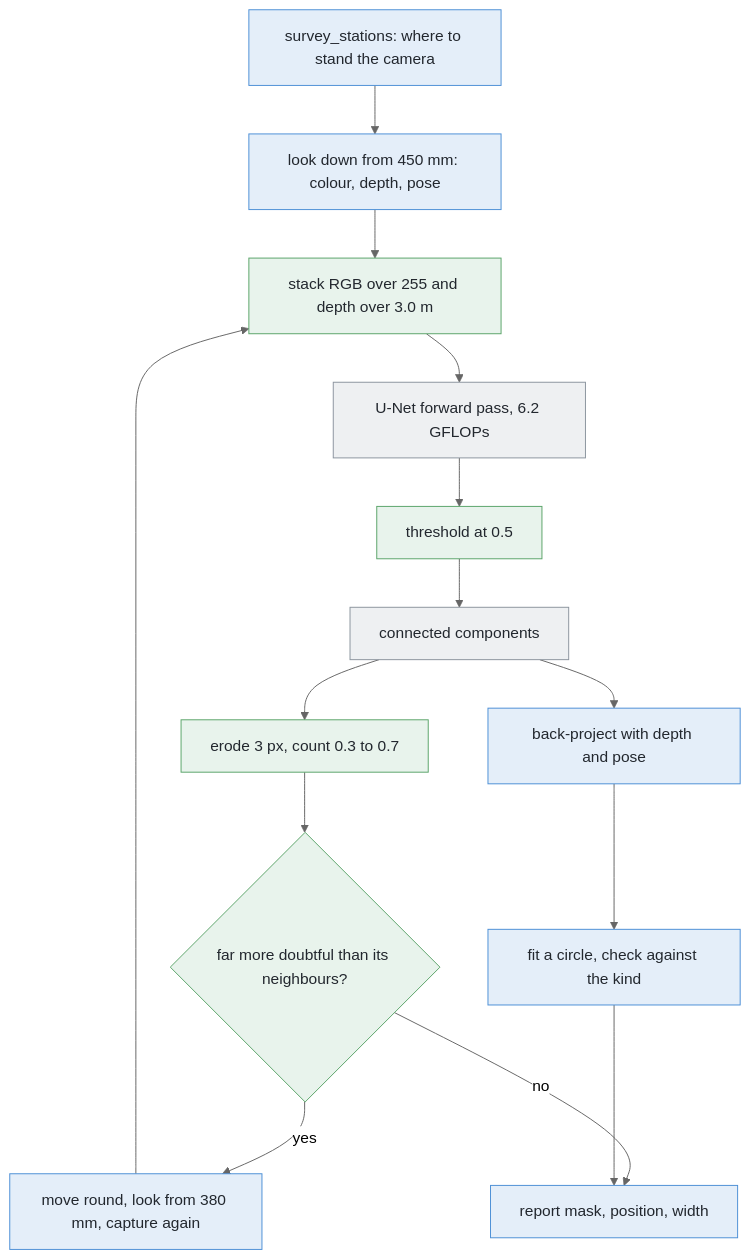
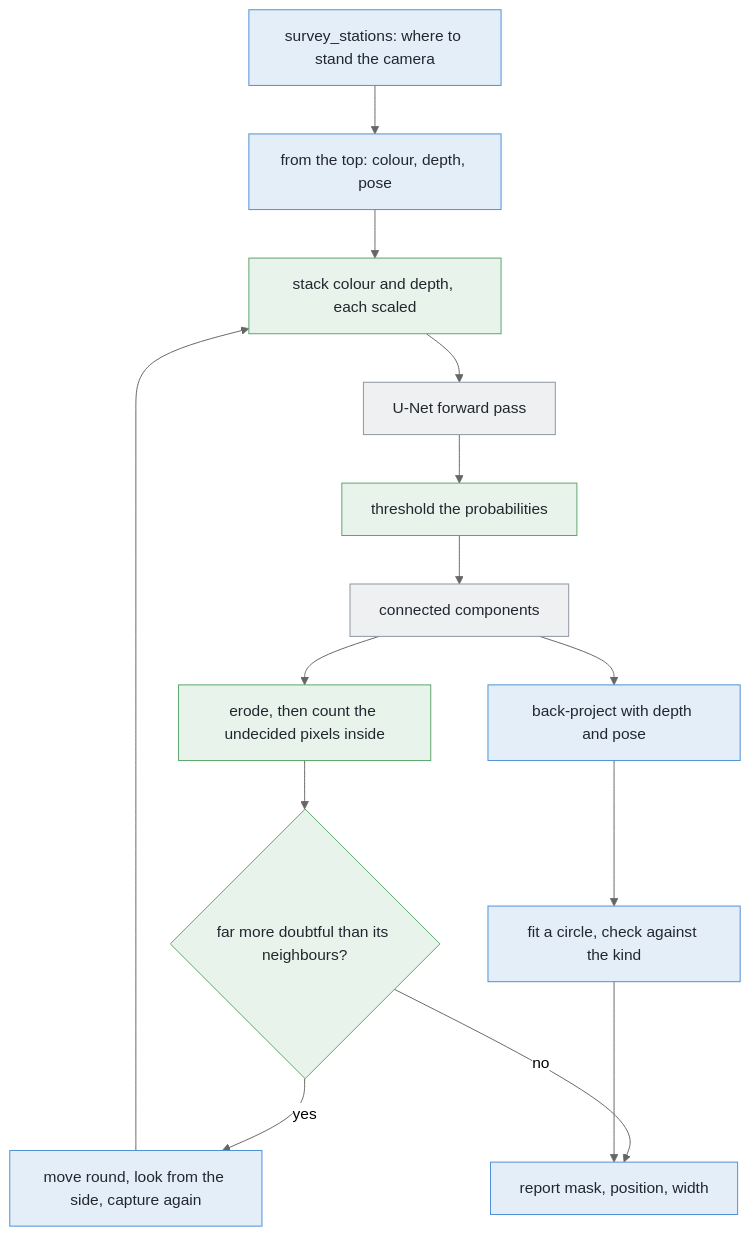
The third of 3 diagrams in v5-pick-glasses/docs/problem-2/solutions/07-a-segmenter-trained-from-scratch.md (RobinNagpal/robot-arm-projects), drawn with Mermaid (neutral theme) before and after one commit. The commit also changed other lines of this file, not shown here.

````diff
--- a/v5-pick-glasses/docs/problem-2/solutions/07-a-segmenter-trained-from-scratch.md
+++ b/v5-pick-glasses/docs/problem-2/solutions/07-a-segmenter-trained-from-scratch.md
@@ -217,28 +230,28 @@
 ```mermaid
 flowchart TD
-    S["survey_stations: where to stand the camera"] --> K["look down from 450 mm: colour, depth, pose"]
-    K --> X["stack RGB over 255 and depth over 3.0 m"]
-    X --> U["U-Net forward pass, 6.2 GFLOPs"]
-    U --> T["threshold at 0.5"]
+    S["survey_stations: where to stand the camera"] --> K["from the top: colour, depth, pose"]
+    K --> X["stack colour and depth, each scaled"]
+    X --> U["U-Net forward pass"]
+    U --> T["threshold the probabilities"]
     T --> C["connected components"]
-    C --> D["erode 3 px, count 0.3 to 0.7"]
+    C --> D["erode, then count the undecided pixels inside"]
     C --> B["back-project with depth and pose"]
     B --> F["fit a circle, check against the kind"]
     D --> Q{"far more doubtful than its neighbours?"}
-    Q -->|yes| V["move round, look from 380 mm, capture again"]
+    Q -->|yes| V["move round, look from the side, capture again"]
     V --> X
     Q -->|no| R["report mask, position, width"]
     F --> R
     style S fill:#e4eef9,stroke:#4c8fd6,color:#22272e
     style K fill:#e4eef9,stroke:#4c8fd6,color:#22272e
     style X fill:#e8f3ec,stroke:#5aa469,color:#22272e
     style U fill:#eef0f2,stroke:#8b949e,color:#22272e
     style T fill:#e8f3ec,stroke:#5aa469,color:#22272e
     style C fill:#eef0f2,stroke:#8b949e,color:#22272e
     style D fill:#e8f3ec,stroke:#5aa469,color:#22272e
     style B fill:#e4eef9,stroke:#4c8fd6,color:#22272e
     style F fill:#e4eef9,stroke:#4c8fd6,color:#22272e
     style Q fill:#e8f3ec,stroke:#5aa469,color:#22272e
     style V fill:#e4eef9,stroke:#4c8fd6,color:#22272e
     style R fill:#e4eef9,stroke:#4c8fd6,color:#22272e
 ```
````
